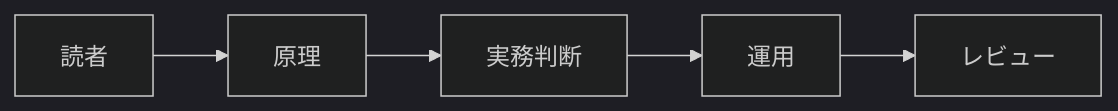
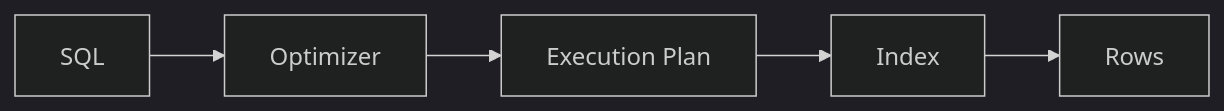
One commit to isksss/awesome changed the diagram in docs/db/mysql-explain.md. Above: the diagram before and after it, drawn with Mermaid (dark theme). The commit also changed other lines of this file and 28 other files, not shown here.

````diff
--- a/docs/db/mysql-explain.md
+++ b/docs/db/mysql-explain.md
@@ -80,7 +33,7 @@
 ```mermaid
 flowchart LR
-  Reader[読者] --> Concept[原理]
-  Concept --> Practice[実務判断]
-  Practice --> Operation[運用]
-  Operation --> Review[レビュー]
+  SQL[SQL] --> Optimizer[Optimizer]
+  Optimizer --> Plan[Execution Plan]
+  Plan --> Index[Index]
+  Index --> Rows[Rows]
 ```
````
